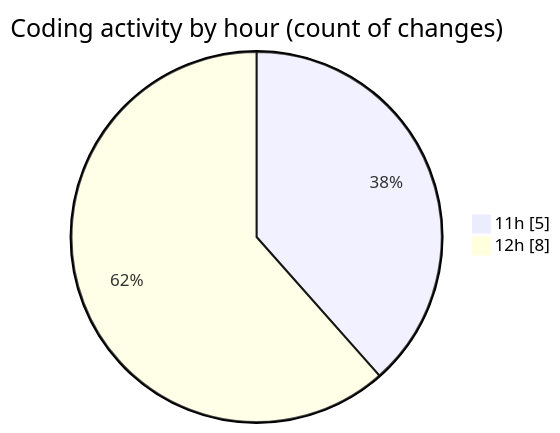
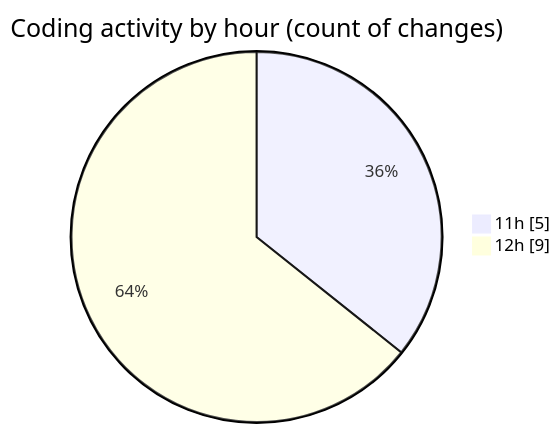
One commit to julien-gomy/code-tracking changed the second of 2 diagrams in 2025-11-27/eventscop-api-guide__workspace_/README.md. Above: the diagram before and after it, drawn with Mermaid. The commit also changed other lines of this file and 1 other file, not shown here.

````diff
--- a/2025-11-27/eventscop-api-guide__workspace_/README.md
+++ b/2025-11-27/eventscop-api-guide__workspace_/README.md
@@ -29,6 +30,6 @@
 ```mermaid
 pie showData
 title Coding activity by hour (count of changes)
 "11h" : 5
-"12h" : 8
+"12h" : 9
 ```
````
